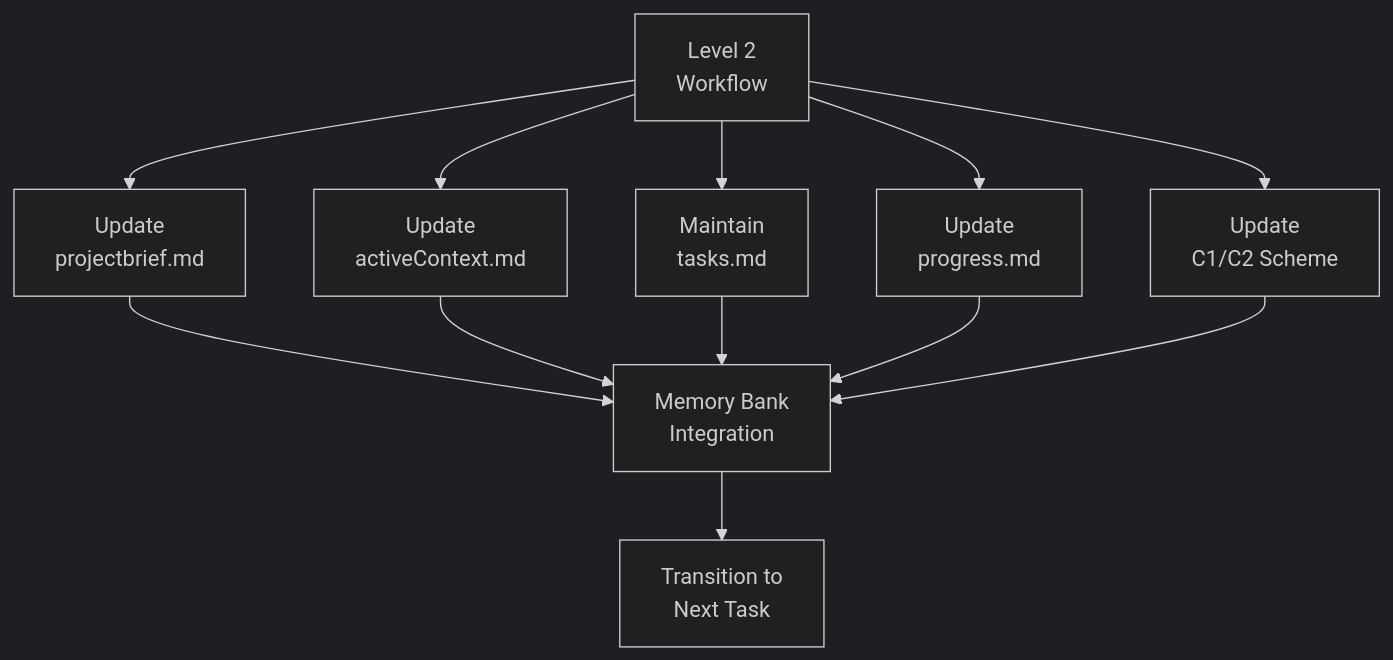
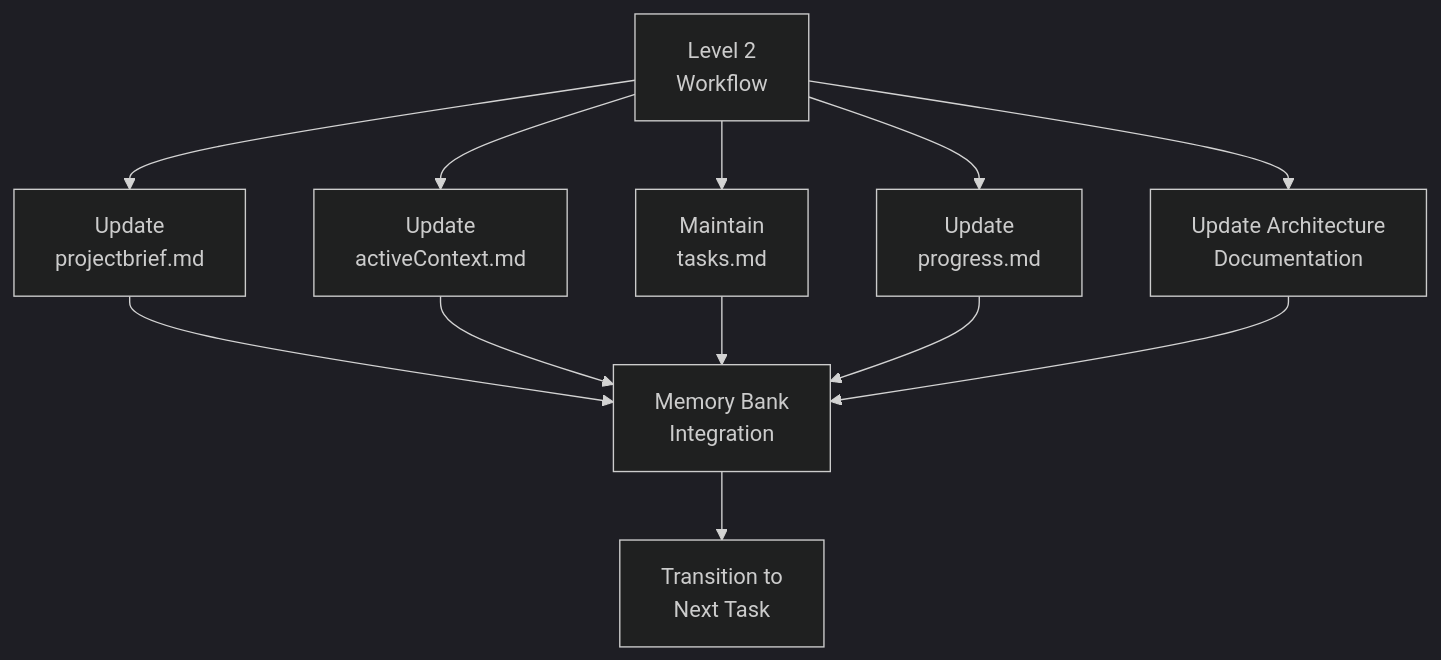
One commit to DennisGrammes/arc42-memory-bank changed the ninth of 9 diagrams in .github/instructions/rules/isolation_rules/Level2/workflow-level2.md. Above: the diagram before and after it, drawn with Mermaid (dark theme). The commit also changed other lines of this file and 25 other files, not shown here.

First line of the commit message:
feat: Migrate from C4 model to arc42 architecture documentation

````diff
--- a/.github/instructions/rules/isolation_rules/Level2/workflow-level2.md
+++ b/.github/instructions/rules/isolation_rules/Level2/workflow-level2.md
@@ -289,11 +289,11 @@
 ```mermaid
 graph TD
     Workflow["Level 2<br>Workflow"] --> PB["Update<br>projectbrief.md"]
     Workflow --> AC["Update<br>activeContext.md"]
     Workflow --> TM["Maintain<br>tasks.md"]
     Workflow --> PM["Update<br>progress.md"]
-    Workflow --> SC["Update<br>C1/C2 Scheme"]
+    Workflow --> SC["Update Architecture<br>Documentation"]
 
     PB & AC & TM & PM & SC --> MB["Memory Bank<br>Integration"]
     MB --> NextTask["Transition to<br>Next Task"]
 ```
````
